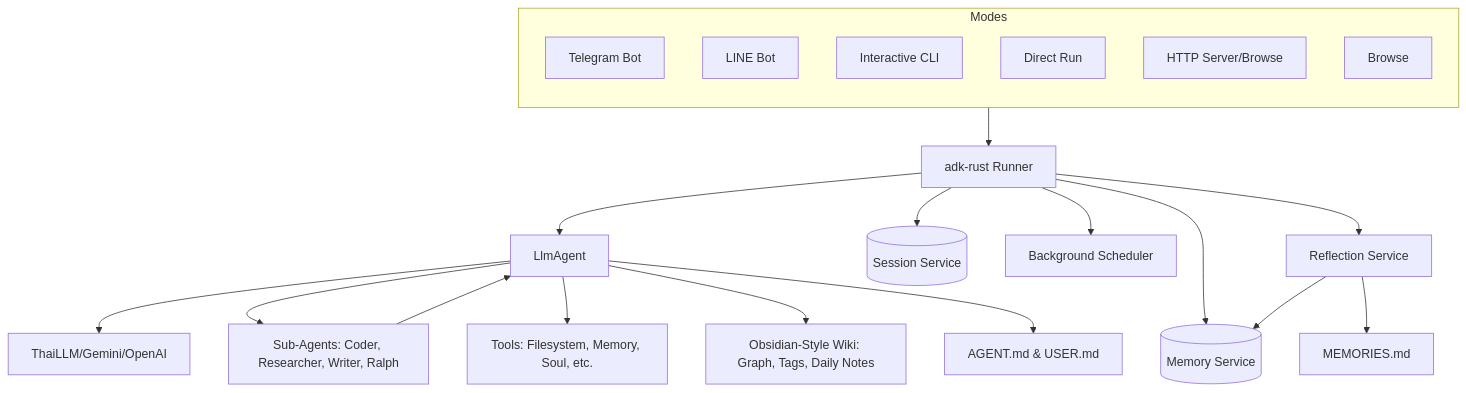
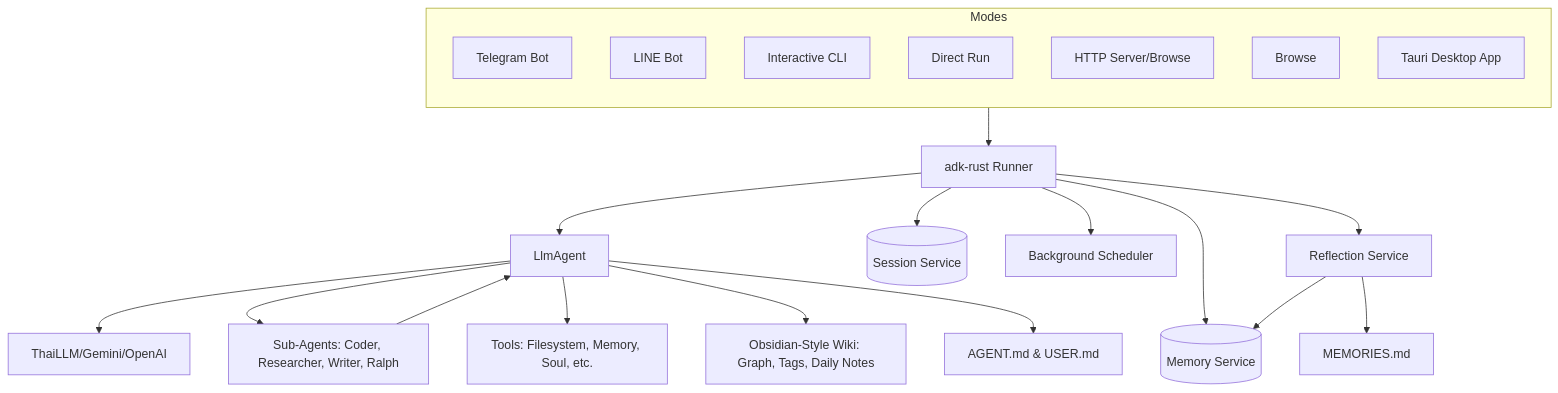
The diagram in README.md (anoochit/nami-core), drawn with Mermaid before and after one commit. The commit also changed other lines of this file and 32 other files, not shown here.

Commit message:
feat: integrate native desktop mode via Tauri v2 and update CI/CD

````diff
--- a/README.md
+++ b/README.md
@@ -178,31 +181,32 @@
 ```mermaid
 graph TD
     subgraph EntryPoints [Modes]
         direction TB
         Bot[Telegram Bot]
         Line[LINE Bot]
         CLI[Interactive CLI]
         Run[Direct Run]
         Server[HTTP Server/Browse]
         Browse[Browse]
+        Desktop[Tauri Desktop App]
     end
 
     EntryPoints --> Runner[adk-rust Runner]
     
     Runner --> Agent[LlmAgent]
     Runner --> DB[(Session Service)]
     Runner --> Memory[(Memory Service)]
     Runner --> Scheduler[Background Scheduler]
     Runner --> Reflection[Reflection Service]
     
     Agent --> LLM[ThaiLLM/Gemini/OpenAI]
     Agent --> SubAgents[Sub-Agents: Coder, Researcher, Writer, Ralph]
     Agent --> Tools[Tools: Filesystem, Memory, Soul, etc.]
     Agent --> Wiki[Obsidian-Style Wiki: Graph, Tags, Daily Notes]
     Agent --> Persona[AGENT.md & USER.md]
 
     Reflection --> Memory
     Reflection --> UserMemory["MEMORIES.md"]
     
     SubAgents --> Agent
 ```
````
